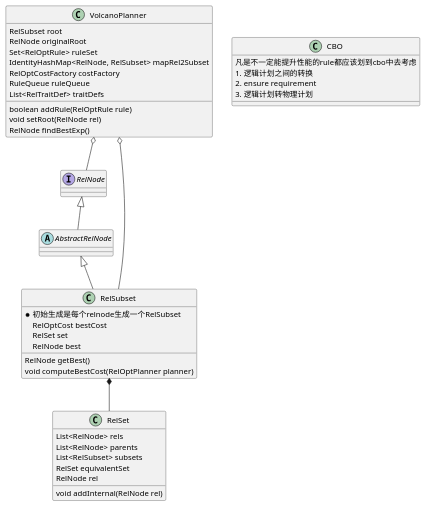
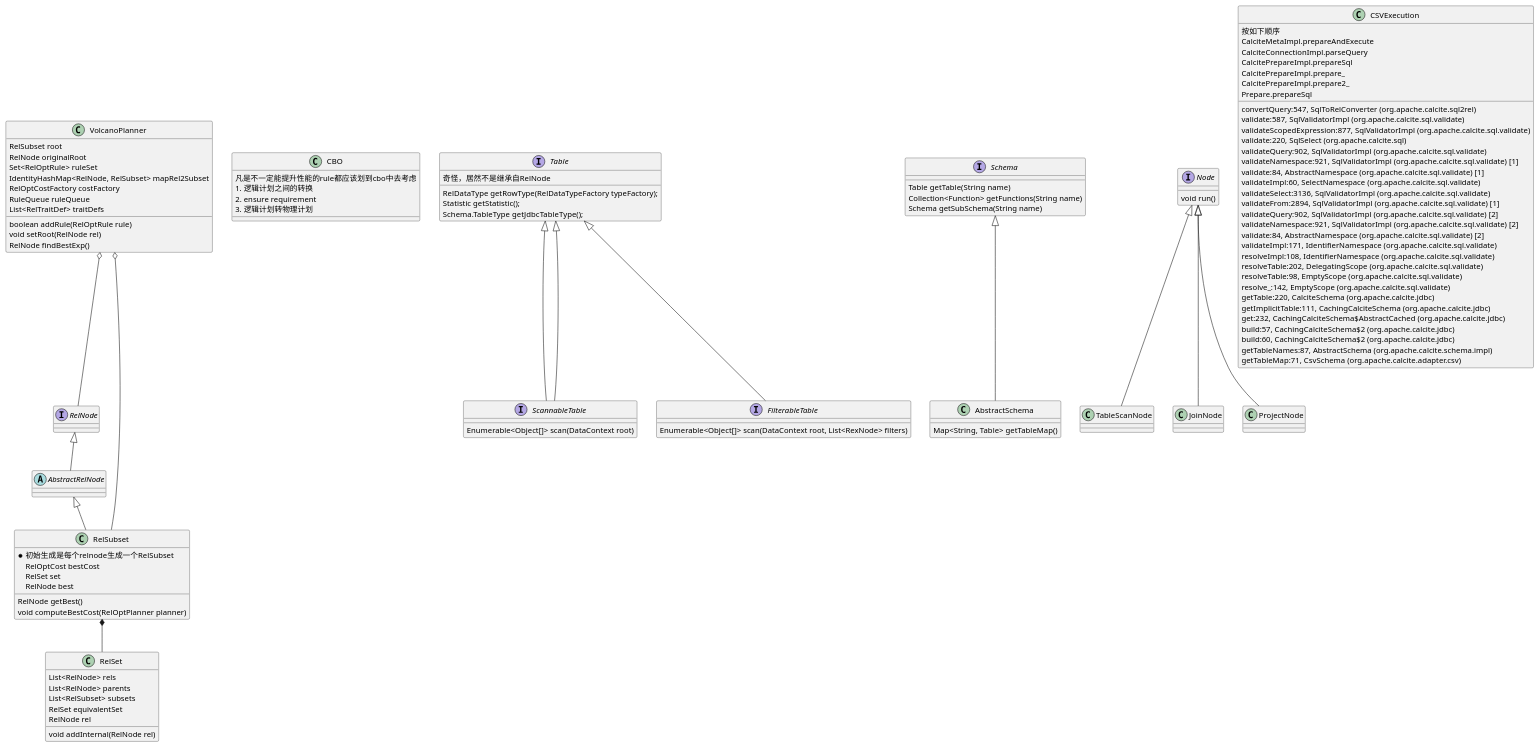
One commit to scwf/calcite changed the diagram in CBOClass.puml. Above: the diagram before and after it, drawn with PlantUML. The commit also changed 1 other file, not shown here.

```diff
--- a/CBOClass.puml
+++ b/CBOClass.puml
@@ -1,51 +1,128 @@
 @startuml
 
 interface RelNode
 abstract AbstractRelNode
 
 RelNode <|-- AbstractRelNode
 AbstractRelNode <|-- RelSubset
 RelSubset *-- RelSet
 VolcanoPlanner o-- RelSubset
 VolcanoPlanner o-- RelNode
 
 class RelSubset {
 *初始生成是每个relnode生成一个RelSubset
 RelOptCost bestCost
 RelSet set
 RelNode best
 RelNode getBest()
 void computeBestCost(RelOptPlanner planner)
 }
 
 class RelSet {
 List<RelNode> rels
 List<RelNode> parents
 List<RelSubset> subsets
 RelSet equivalentSet
 RelNode rel
 void addInternal(RelNode rel)
 }
 
 class VolcanoPlanner {
   RelSubset root
   RelNode originalRoot
   Set<RelOptRule> ruleSet
   IdentityHashMap<RelNode, RelSubset> mapRel2Subset
   RelOptCostFactory costFactory
   RuleQueue ruleQueue
   List<RelTraitDef> traitDefs
 
   boolean addRule(RelOptRule rule)
   void setRoot(RelNode rel)
   RelNode findBestExp()
 }
 
 class CBO {
   凡是不一定能提升性能的rule都应该划到cbo中去考虑
   1. 逻辑计划之间的转换
   2. ensure requirement
   3. 逻辑计划转物理计划
 }
 
+Table <|-- ScannableTable
+Table <|-- FilterableTable
+Table <|-- ScannableTable
+Schema <|-- AbstractSchema
+
+interface Table {
+  奇怪，居然不是继承自RelNode
+  RelDataType getRowType(RelDataTypeFactory typeFactory);
+  Statistic getStatistic();
+  Schema.TableType getJdbcTableType();
+}
+interface ScannableTable {
+ Enumerable<Object[]> scan(DataContext root)
+}
+interface FilterableTable {
+Enumerable<Object[]> scan(DataContext root, List<RexNode> filters)
+}
+
+interface Schema {
+Table getTable(String name)
+Collection<Function> getFunctions(String name)
+Schema getSubSchema(String name)
+}
+
+class AbstractSchema {
+Map<String, Table> getTableMap()
+}
+
+Node <|-- TableScanNode
+Node <|-- JoinNode
+Node <|-- ProjectNode
+interface Node {
+void run()
+}
+class TableScanNode {
+}
+class JoinNode {
+}
+class ProjectNode {
+}
+
+
+class CSVExecution {
+按如下顺序
+CalciteMetaImpl.prepareAndExecute
+CalciteConnectionImpl.parseQuery
+CalcitePrepareImpl.prepareSql
+CalcitePrepareImpl.prepare_
+CalcitePrepareImpl.prepare2_
+Prepare.prepareSql
+convertQuery:547, SqlToRelConverter (org.apache.calcite.sql2rel)
+validate:587, SqlValidatorImpl (org.apache.calcite.sql.validate)
+validateScopedExpression:877, SqlValidatorImpl (org.apache.calcite.sql.validate)
+validate:220, SqlSelect (org.apache.calcite.sql)
+validateQuery:902, SqlValidatorImpl (org.apache.calcite.sql.validate)
+validateNamespace:921, SqlValidatorImpl (org.apache.calcite.sql.validate) [1]
+validate:84, AbstractNamespace (org.apache.calcite.sql.validate) [1]
+validateImpl:60, SelectNamespace (org.apache.calcite.sql.validate)
+validateSelect:3136, SqlValidatorImpl (org.apache.calcite.sql.validate)
+validateFrom:2894, SqlValidatorImpl (org.apache.calcite.sql.validate) [1]
+validateQuery:902, SqlValidatorImpl (org.apache.calcite.sql.validate) [2]
+validateNamespace:921, SqlValidatorImpl (org.apache.calcite.sql.validate) [2]
+validate:84, AbstractNamespace (org.apache.calcite.sql.validate) [2]
+validateImpl:171, IdentifierNamespace (org.apache.calcite.sql.validate)
+resolveImpl:108, IdentifierNamespace (org.apache.calcite.sql.validate)
+resolveTable:202, DelegatingScope (org.apache.calcite.sql.validate)
+resolveTable:98, EmptyScope (org.apache.calcite.sql.validate)
+resolve_:142, EmptyScope (org.apache.calcite.sql.validate)
+getTable:220, CalciteSchema (org.apache.calcite.jdbc)
+getImplicitTable:111, CachingCalciteSchema (org.apache.calcite.jdbc)
+get:232, CachingCalciteSchema$AbstractCached (org.apache.calcite.jdbc)
+build:57, CachingCalciteSchema$2 (org.apache.calcite.jdbc)
+build:60, CachingCalciteSchema$2 (org.apache.calcite.jdbc)
+getTableNames:87, AbstractSchema (org.apache.calcite.schema.impl)
+getTableMap:71, CsvSchema (org.apache.calcite.adapter.csv)
+}
+
 @enduml
```
